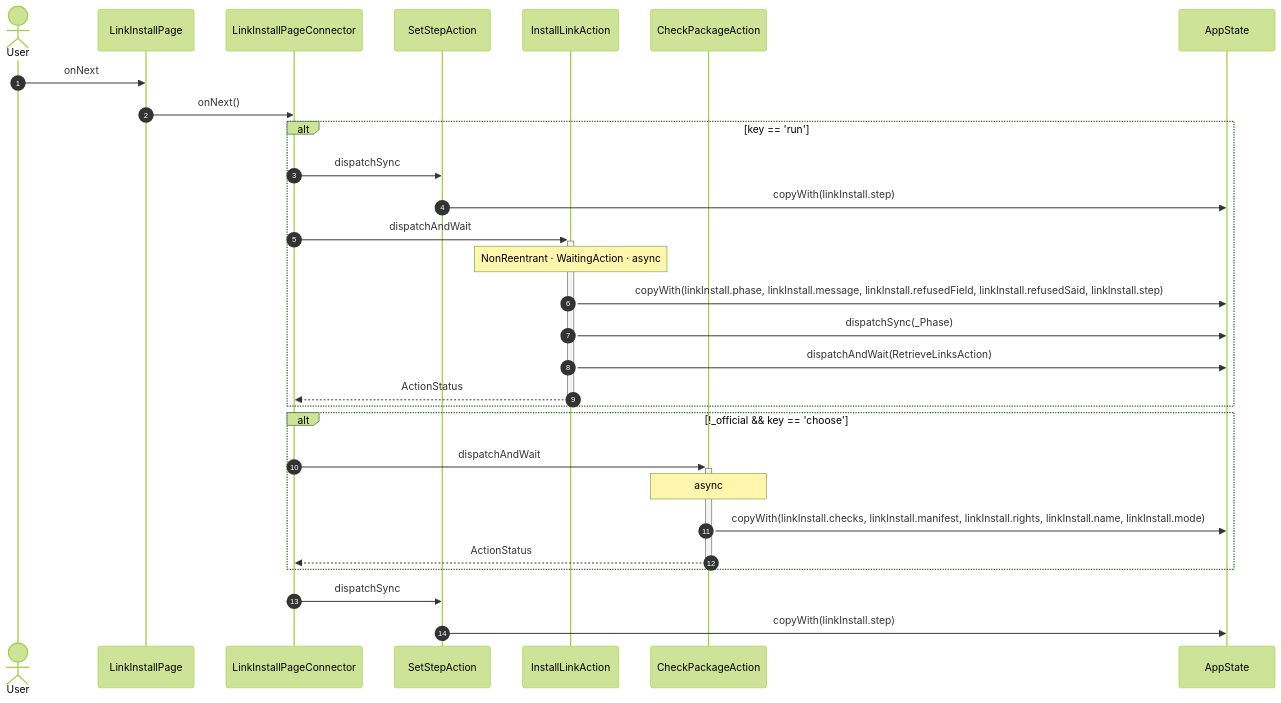
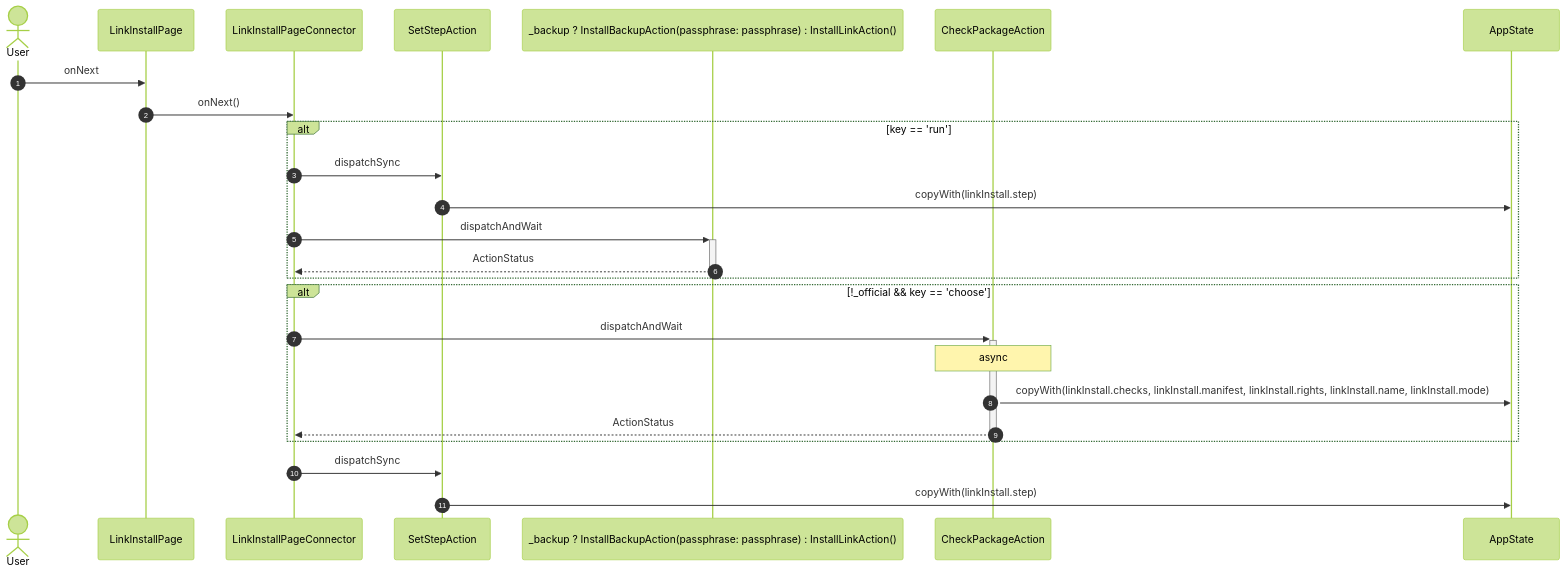
Before and after one commit to gencto/wyrm: diagram 14 of 15 in studio/docs/flows/linkInstall.md, drawn with Mermaid (forest theme). The commit also changed other lines of this file and 87 other files, not shown here.

First line of the commit message:
studio: backups, restore, Add a link from a backup, and the broker update screens behind a flag (ADR 0048 §2, §3)

````diff
--- a/studio/docs/flows/linkInstall.md
+++ b/studio/docs/flows/linkInstall.md
@@ -242,32 +246,28 @@
 ```mermaid
 sequenceDiagram
     autonumber
     actor User
     participant UI as LinkInstallPage
     participant VM as LinkInstallPageConnector
     participant A1 as SetStepAction
-    participant A2 as InstallLinkAction
+    participant A2 as _backup ? InstallBackupAction(passphrase: passphrase) : InstallLinkAction()
     participant A3 as CheckPackageAction
     participant ST as AppState
 
     User->>UI: onNext
     UI->>VM: onNext()
     alt key == 'run'
         VM->>A1: dispatchSync
         A1->>ST: copyWith(linkInstall.step)
         VM->>+A2: dispatchAndWait
-        Note over A2: NonReentrant · WaitingAction · async
-        A2->>ST: copyWith(linkInstall.phase, linkInstall.message, linkInstall.refusedField, linkInstall.refusedSaid, linkInstall.step)
-        A2->>ST: dispatchSync(_Phase)
-        A2->>ST: dispatchAndWait(RetrieveLinksAction)
         A2-->>-VM: ActionStatus
     end
     alt !_official && key == 'choose'
         VM->>+A3: dispatchAndWait
         Note over A3: async
         A3->>ST: copyWith(linkInstall.checks, linkInstall.manifest, linkInstall.rights, linkInstall.name, linkInstall.mode)
         A3-->>-VM: ActionStatus
     end
     VM->>A1: dispatchSync
     A1->>ST: copyWith(linkInstall.step)
 ```
````
